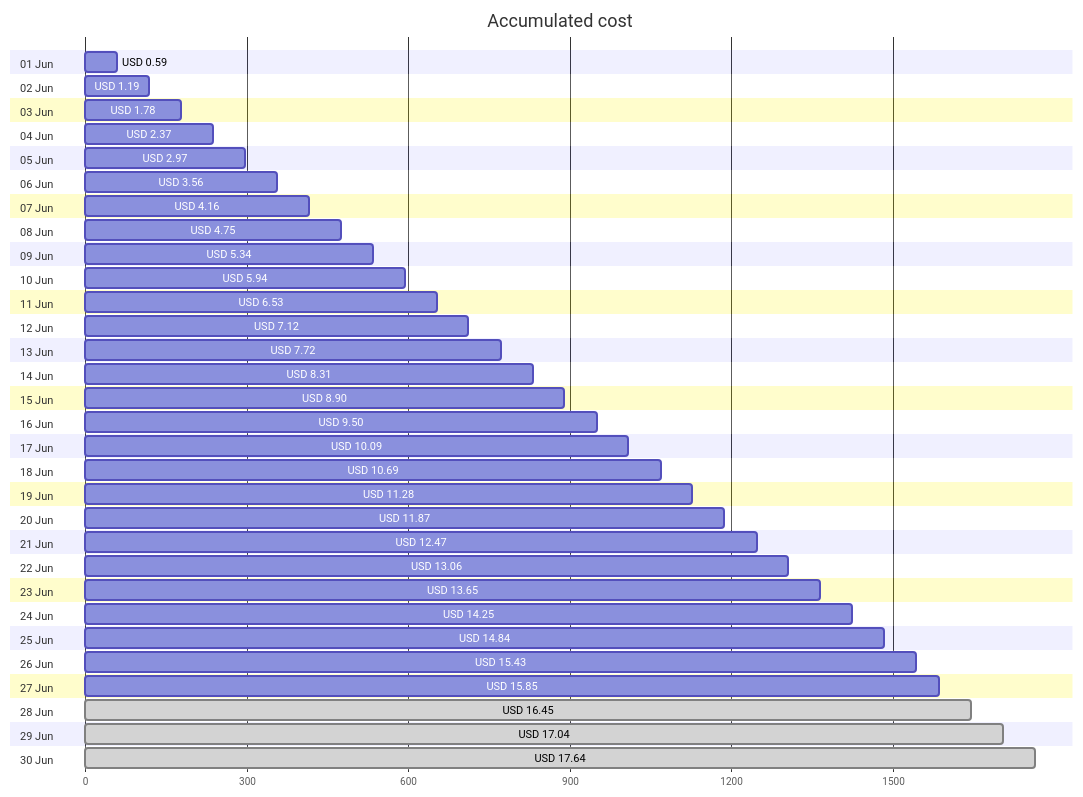
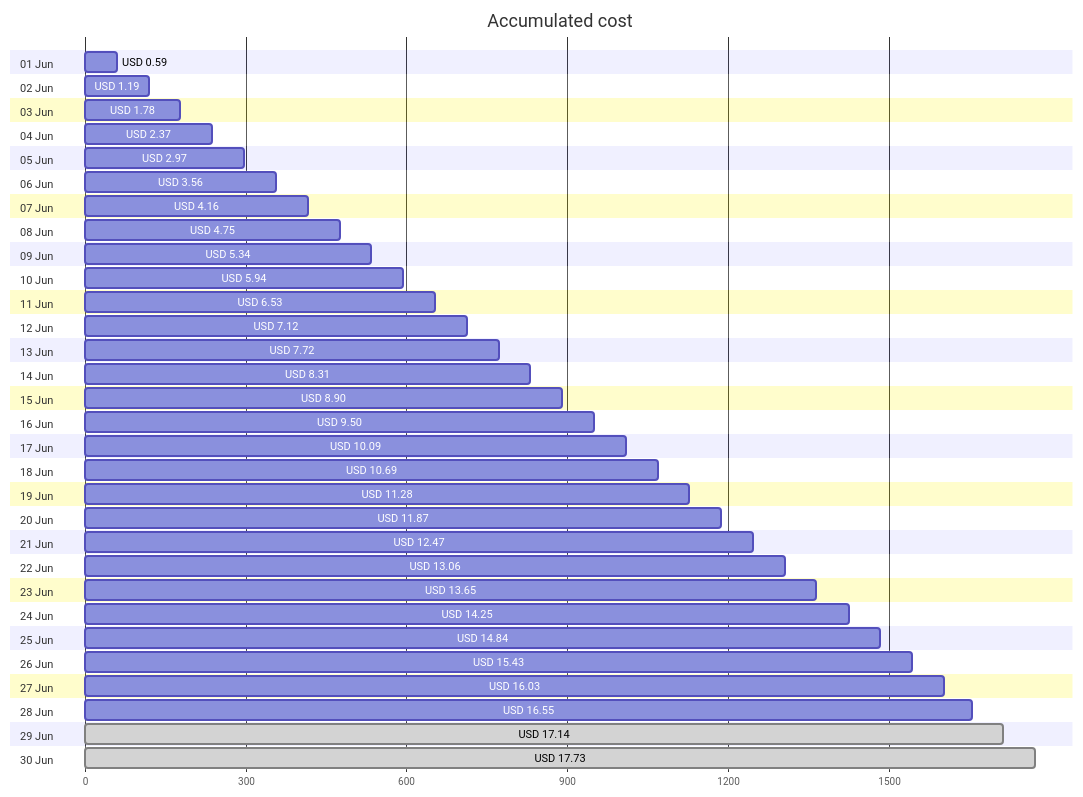
One commit to jpfulton/azure-personal-reports changed the first of 4 diagrams in cost-reports/personal-site/README.md. Above: the diagram before and after it, drawn with Mermaid. The commit also changed other lines of this file and 6 other files, not shown here.

````diff
--- a/cost-reports/personal-site/README.md
+++ b/cost-reports/personal-site/README.md
@@ -20,66 +20,66 @@
 ```mermaid
 gantt
    title Accumulated cost
    dateFormat  X
    axisFormat %s
    section 01 Jun
    USD 0.59 :0, 59
    section 02 Jun
    USD 1.19 :0, 119
    section 03 Jun
    USD 1.78 :0, 178
    section 04 Jun
    USD 2.37 :0, 237
    section 05 Jun
    USD 2.97 :0, 297
    section 06 Jun
    USD 3.56 :0, 356
    section 07 Jun
    USD 4.16 :0, 416
    section 08 Jun
    USD 4.75 :0, 475
    section 09 Jun
    USD 5.34 :0, 534
    section 10 Jun
    USD 5.94 :0, 594
    section 11 Jun
    USD 6.53 :0, 653
    section 12 Jun
    USD 7.12 :0, 712
    section 13 Jun
    USD 7.72 :0, 772
    section 14 Jun
    USD 8.31 :0, 831
    section 15 Jun
    USD 8.90 :0, 890
    section 16 Jun
    USD 9.50 :0, 950
    section 17 Jun
    USD 10.09 :0, 1009
    section 18 Jun
    USD 10.69 :0, 1069
    section 19 Jun
    USD 11.28 :0, 1128
    section 20 Jun
    USD 11.87 :0, 1187
    section 21 Jun
    USD 12.47 :0, 1247
    section 22 Jun
    USD 13.06 :0, 1306
    section 23 Jun
    USD 13.65 :0, 1365
    section 24 Jun
    USD 14.25 :0, 1425
    section 25 Jun
    USD 14.84 :0, 1484
    section 26 Jun
    USD 15.43 :0, 1543
    section 27 Jun
-   USD 15.85 :0, 1585
+   USD 16.03 :0, 1603
    section 28 Jun
-   USD 16.45 : done, 0, 1645
+   USD 16.55 :0, 1655
    section 29 Jun
-   USD 17.04 : done, 0, 1704
+   USD 17.14 : done, 0, 1714
    section 30 Jun
-   USD 17.64 : done, 0, 1764
+   USD 17.73 : done, 0, 1773
 ```
````
